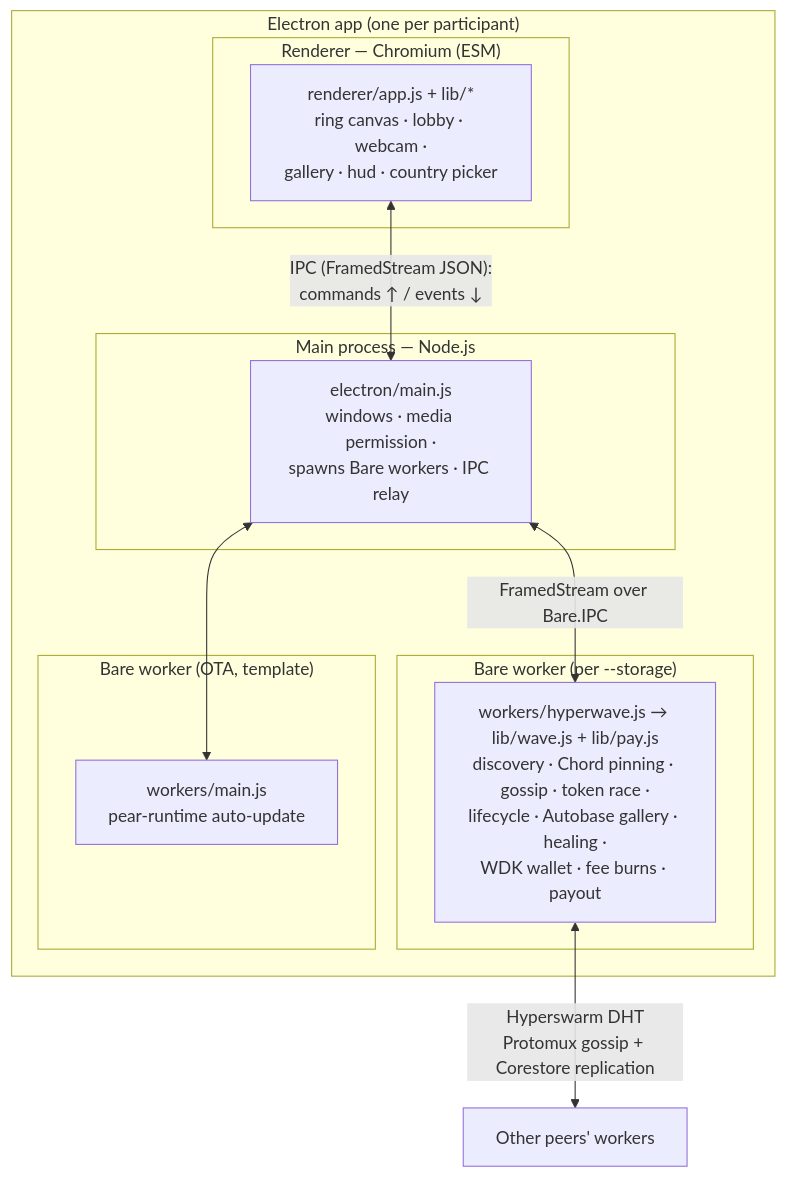
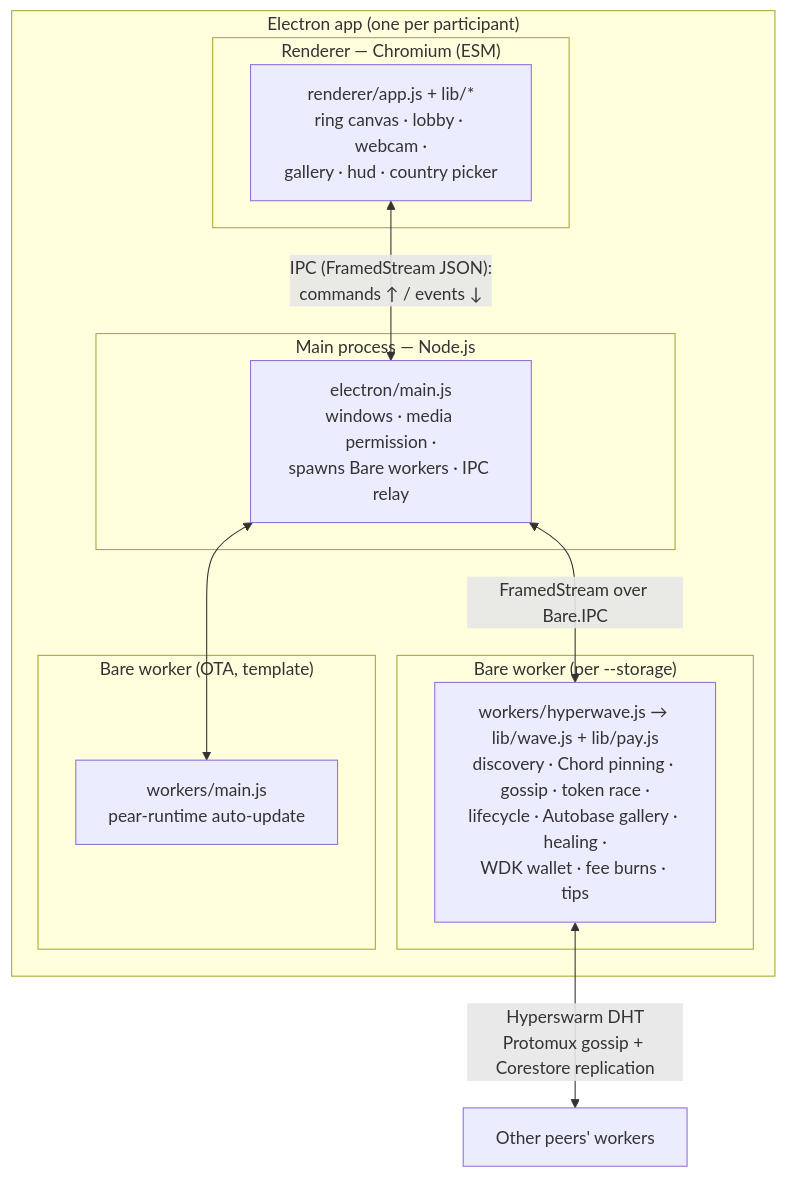
One commit to mnaamani/hyper-wave changed the diagram in docs/architecture.md. Above: the diagram before and after it, drawn with Mermaid. The commit also changed other lines of this file and 17 other files, not shown here.

````diff
--- a/docs/architecture.md
+++ b/docs/architecture.md
@@ -16,23 +16,23 @@
 ```mermaid
 flowchart TB
   subgraph Electron["Electron app (one per participant)"]
     subgraph Main["Main process — Node.js"]
       M["electron/main.js<br/>windows · media permission ·<br/>spawns Bare workers · IPC relay"]
     end
     subgraph Renderer["Renderer — Chromium (ESM)"]
       R["renderer/app.js + lib/*<br/>ring canvas · lobby · webcam ·<br/>gallery · hud · country picker"]
     end
     subgraph Worker["Bare worker (per --storage)"]
-      W["workers/hyperwave.js → lib/wave.js + lib/pay.js<br/>discovery · Chord pinning · gossip · token race ·<br/>lifecycle · Autobase gallery · healing ·<br/>WDK wallet · fee burns · payout"]
+      W["workers/hyperwave.js → lib/wave.js + lib/pay.js<br/>discovery · Chord pinning · gossip · token race ·<br/>lifecycle · Autobase gallery · healing ·<br/>WDK wallet · fee burns · tips"]
     end
     subgraph Updater["Bare worker (OTA, template)"]
       U["workers/main.js<br/>pear-runtime auto-update"]
     end
   end
 
   R <-->|"IPC (FramedStream JSON):<br/>commands ↑ / events ↓"| M
   M <-->|"FramedStream over Bare.IPC"| W
   M <--> U
 
   W <-->|"Hyperswarm DHT<br/>Protomux gossip + Corestore replication"| Peers["Other peers' workers"]
 ```
````
